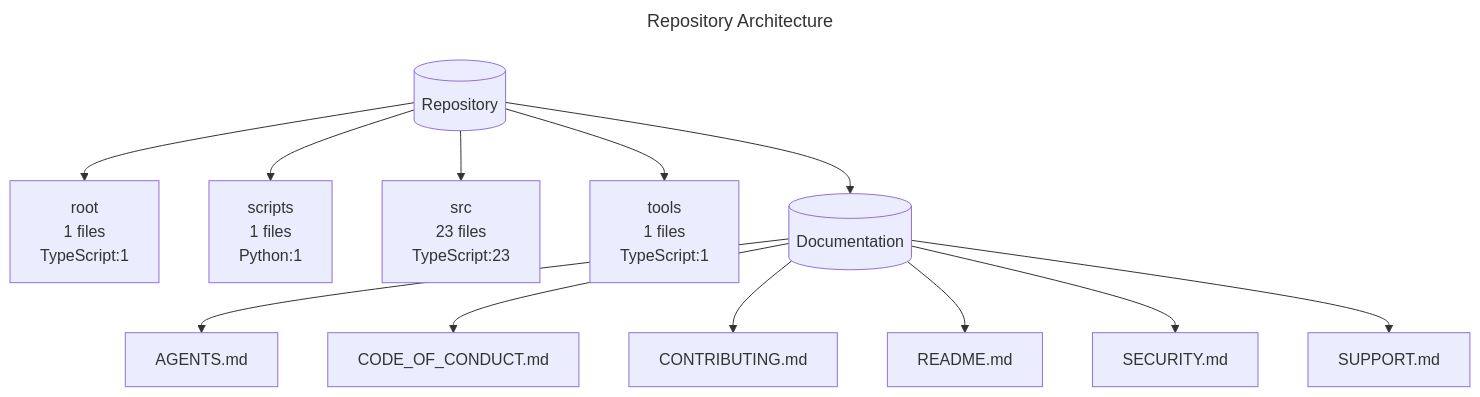
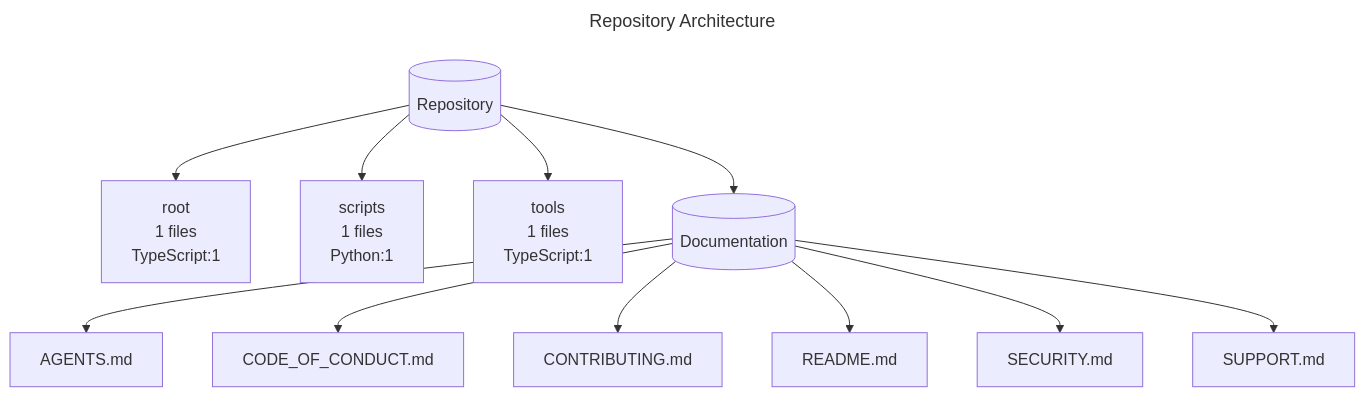
One commit to bell-kevin/clepsydra changed the diagram in docs/architecture.mmd. Above: the diagram before and after it, drawn with Mermaid.

Commit message:
chore: update architecture diagram

```diff
--- a/docs/architecture.mmd
+++ b/docs/architecture.mmd
@@ -1,29 +1,27 @@
 ---
 title: Repository Architecture
 ---
 graph TD
     repo[(Repository)]
     n_root["root\n1 files\nTypeScript:1"]
     repo --> n_root
     n_scripts["scripts\n1 files\nPython:1"]
     repo --> n_scripts
-    n_src["src\n23 files\nTypeScript:23"]
-    repo --> n_src
     n_tools["tools\n1 files\nTypeScript:1"]
     repo --> n_tools
     docs[(Documentation)]
     repo --> docs
     n_doc_AGENTS_md["AGENTS.md"]
     docs --> n_doc_AGENTS_md
     n_doc_CODE_OF_CONDUCT_md["CODE_OF_CONDUCT.md"]
     docs --> n_doc_CODE_OF_CONDUCT_md
     n_doc_CONTRIBUTING_md["CONTRIBUTING.md"]
     docs --> n_doc_CONTRIBUTING_md
     n_doc_README_md["README.md"]
     docs --> n_doc_README_md
     n_doc_SECURITY_md["SECURITY.md"]
     docs --> n_doc_SECURITY_md
     n_doc_SUPPORT_md["SUPPORT.md"]
     docs --> n_doc_SUPPORT_md
 
 %% Generated by scripts/generate_architecture_diagram.py
```
